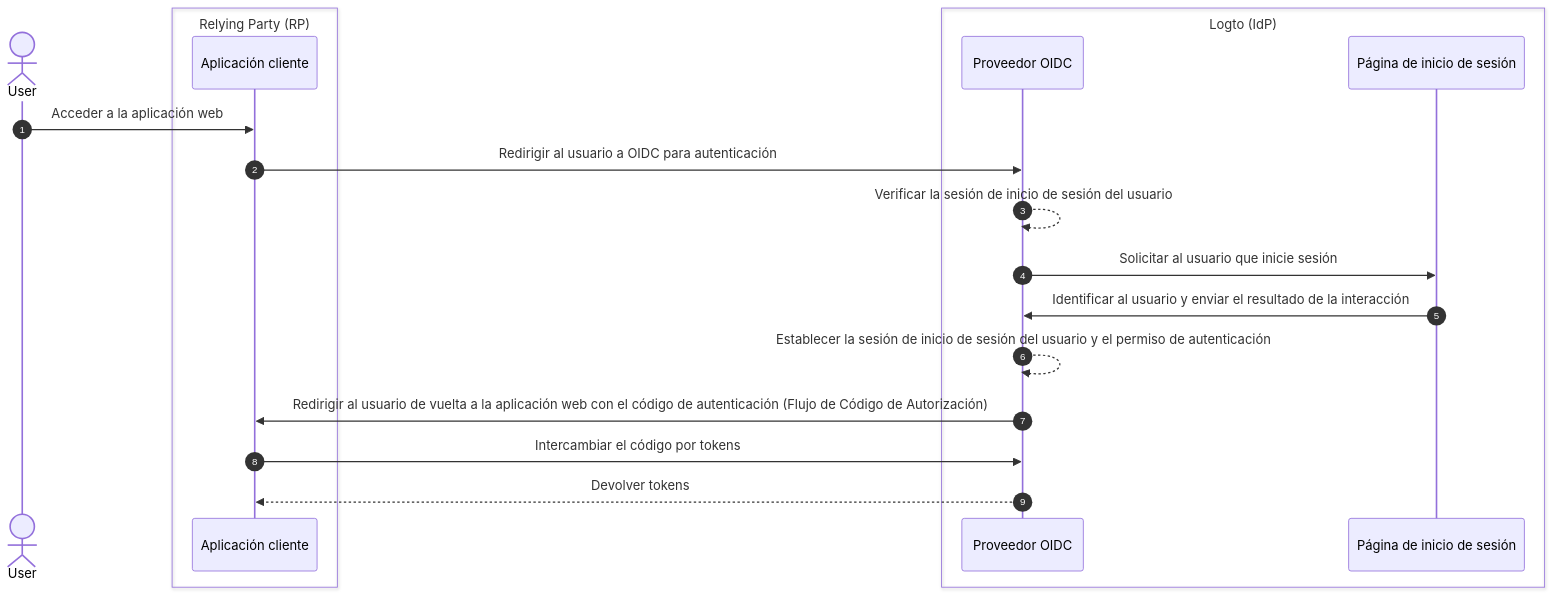
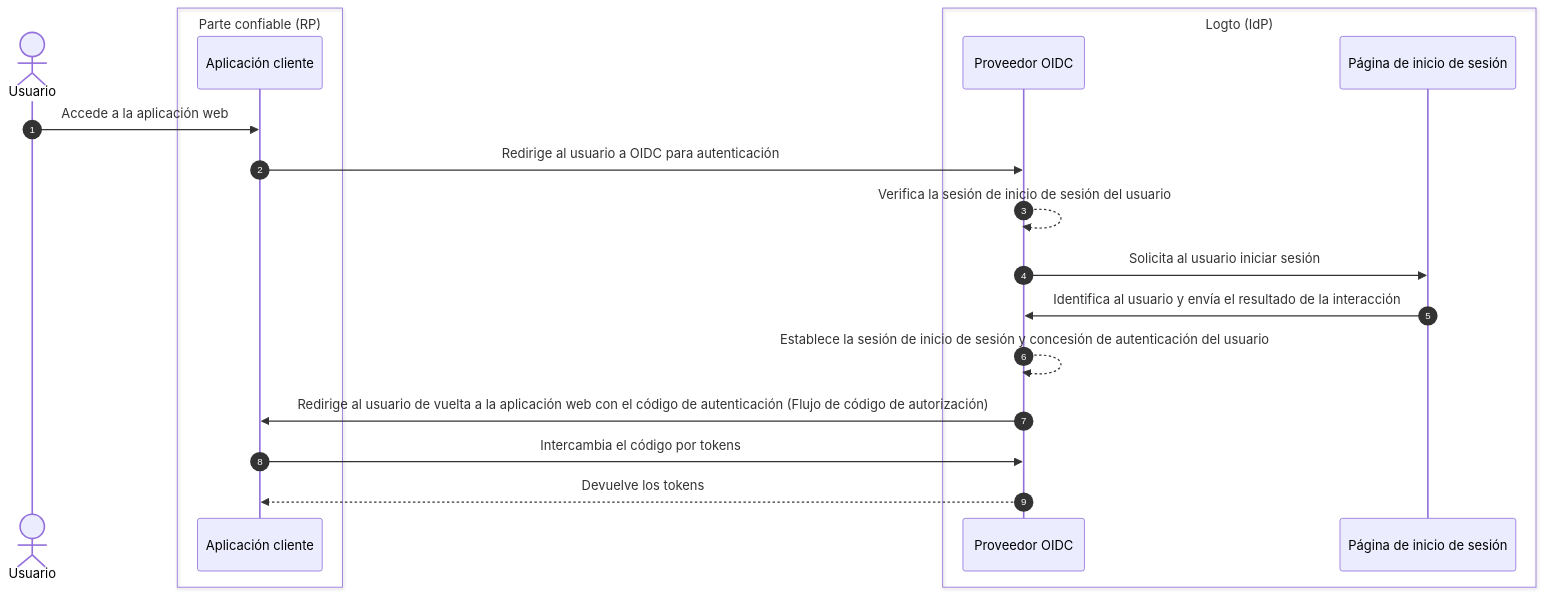
The first of 3 diagrams in i18n/es/docusaurus-plugin-content-docs/current/end-user-flows/sign-out.mdx (logto-io/docs), drawn with Mermaid before and after one commit. The commit also changed other lines of this file and 137 other files, not shown here.

````diff
--- a/i18n/es/docusaurus-plugin-content-docs/current/end-user-flows/sign-out.mdx
+++ b/i18n/es/docusaurus-plugin-content-docs/current/end-user-flows/sign-out.mdx
@@ -13,24 +13,24 @@
 ```mermaid
   sequenceDiagram
     autonumber
-    actor User
+    actor Usuario
 
-    box Relying Party (RP)
-      participant Client as Aplicación cliente
+    box Parte confiable (RP)
+      participant Cliente as Aplicación cliente
     end
 
     box Logto (IdP)
       participant OIDC as Proveedor OIDC
       participant SignIn as Página de inicio de sesión
     end
 
-    User ->> Client: Acceder a la aplicación web
-    Client ->> OIDC: Redirigir al usuario a OIDC para autenticación
-    OIDC -->> OIDC: Verificar la sesión de inicio de sesión del usuario
-    OIDC ->> SignIn: Solicitar al usuario que inicie sesión
-    SignIn ->> OIDC: Identificar al usuario y enviar el resultado de la interacción
-    OIDC -->> OIDC: Establecer la sesión de inicio de sesión del usuario y el permiso de autenticación
-    OIDC ->> Client: Redirigir al usuario de vuelta a la aplicación web con el código de autenticación (Flujo de Código de Autorización)
-    Client ->> OIDC: Intercambiar el código por tokens
-    OIDC -->> Client: Devolver tokens
+    Usuario ->> Cliente: Accede a la aplicación web
+    Cliente ->> OIDC: Redirige al usuario a OIDC para autenticación
+    OIDC -->> OIDC: Verifica la sesión de inicio de sesión del usuario
+    OIDC ->> SignIn: Solicita al usuario iniciar sesión
+    SignIn ->> OIDC: Identifica al usuario y envía el resultado de la interacción
+    OIDC -->> OIDC: Establece la sesión de inicio de sesión y concesión de autenticación del usuario
+    OIDC ->> Cliente: Redirige al usuario de vuelta a la aplicación web con el código de autenticación (Flujo de código de autorización)
+    Cliente ->> OIDC: Intercambia el código por tokens
+    OIDC -->> Cliente: Devuelve los tokens
 ```
````
